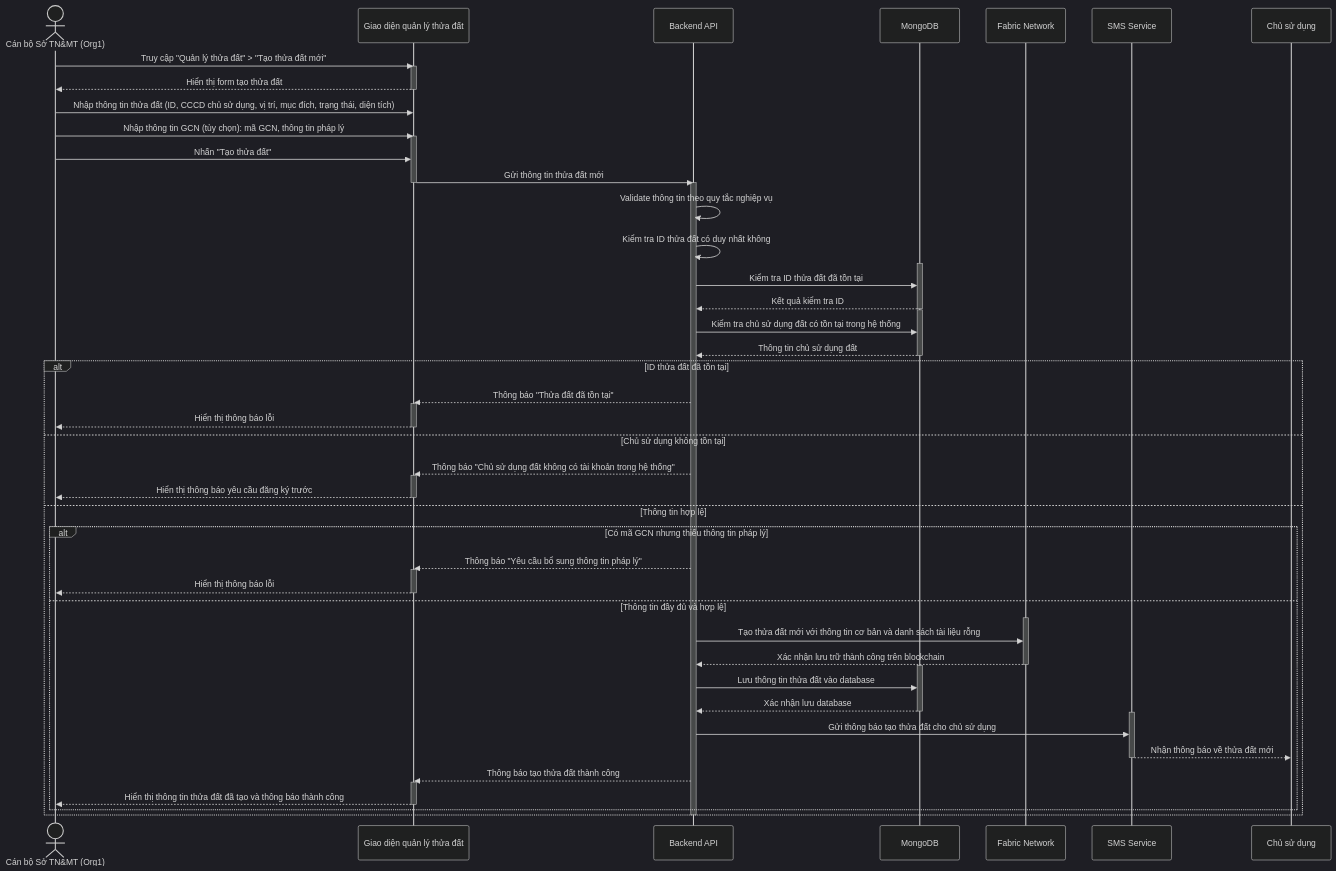
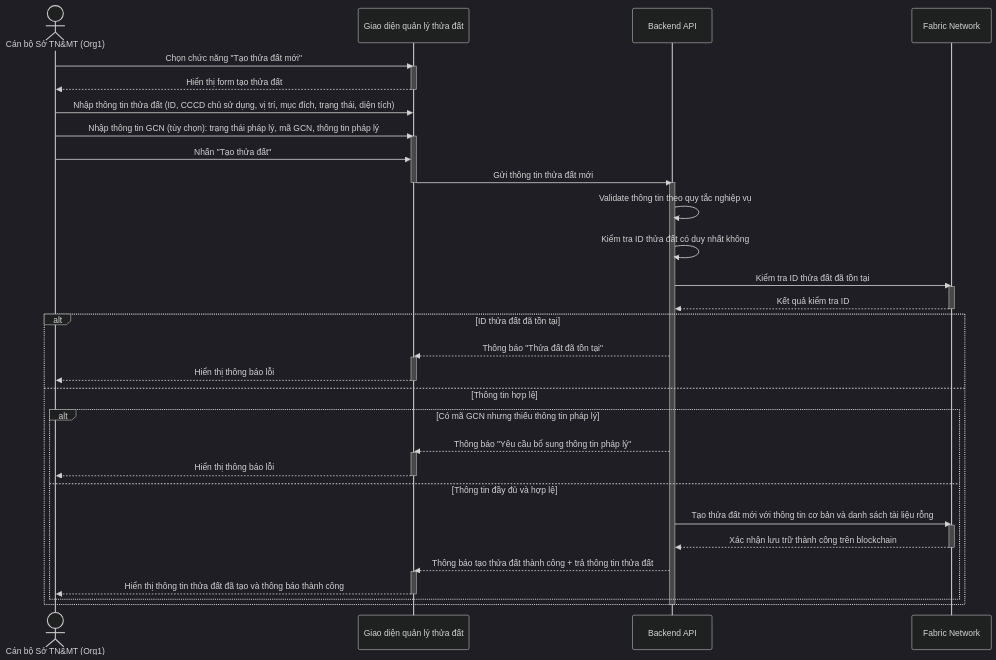
The ninth of 39 diagrams in Complete_Use_Case_Sequence_Diagrams.md (Thienpkae/DATN), drawn with Mermaid (dark theme) before and after one commit. The commit also changed other lines of this file and 50 other files, not shown here.

````diff
--- a/Complete_Use_Case_Sequence_Diagrams.md
+++ b/Complete_Use_Case_Sequence_Diagrams.md
@@ -759,76 +677,55 @@
 ```mermaid
 sequenceDiagram
     actor Officer as Cán bộ Sở TN&MT (Org1)
     participant UI as Giao diện quản lý thửa đất
     participant API as Backend API
-    participant DB as MongoDB
     participant Blockchain as Fabric Network
-    participant SMS as SMS Service
 
-    Officer ->> UI: Truy cập "Quản lý thửa đất" > "Tạo thửa đất mới"
+    Officer ->> UI: Chọn chức năng "Tạo thửa đất mới"
     activate UI
     UI -->> Officer: Hiển thị form tạo thửa đất
     deactivate UI
 
     Officer ->> UI: Nhập thông tin thửa đất (ID, CCCD chủ sử dụng, vị trí, mục đích, trạng thái, diện tích)
-    Officer ->> UI: Nhập thông tin GCN (tùy chọn): mã GCN, thông tin pháp lý
+    Officer ->> UI: Nhập thông tin GCN (tùy chọn): trạng thái pháp lý, mã GCN, thông tin pháp lý
     activate UI
     Officer ->> UI: Nhấn "Tạo thửa đất"
     UI ->> API: Gửi thông tin thửa đất mới
     deactivate UI
 
     activate API
     API ->> API: Validate thông tin theo quy tắc nghiệp vụ
     API ->> API: Kiểm tra ID thửa đất có duy nhất không
 
-    activate DB
-    API ->> DB: Kiểm tra ID thửa đất đã tồn tại
-    DB -->> API: Kết quả kiểm tra ID
-    deactivate DB
-
-    activate DB
-    API ->> DB: Kiểm tra chủ sử dụng đất có tồn tại trong hệ thống
-    DB -->> API: Thông tin chủ sử dụng đất
-    deactivate DB
+    API ->> Blockchain: Kiểm tra ID thửa đất đã tồn tại
+    activate Blockchain
+    Blockchain -->> API: Kết quả kiểm tra ID
+    deactivate Blockchain
 
     alt ID thửa đất đã tồn tại
         API -->> UI: Thông báo "Thửa đất đã tồn tại"
         activate UI
         UI -->> Officer: Hiển thị thông báo lỗi
-        deactivate UI
-    else Chủ sử dụng không tồn tại
-        API -->> UI: Thông báo "Chủ sử dụng đất không có tài khoản trong hệ thống"
-        activate UI
-        UI -->> Officer: Hiển thị thông báo yêu cầu đăng ký trước
         deactivate UI
     else Thông tin hợp lệ
         alt Có mã GCN nhưng thiếu thông tin pháp lý
             API -->> UI: Thông báo "Yêu cầu bổ sung thông tin pháp lý"
             activate UI
             UI -->> Officer: Hiển thị thông báo lỗi
             deactivate UI
         else Thông tin đầy đủ và hợp lệ
+            API ->> Blockchain: Tạo thửa đất mới với thông tin cơ bản và danh sách tài liệu rỗng
             activate Blockchain
-            API ->> Blockchain: Tạo thửa đất mới với thông tin cơ bản và danh sách tài liệu rỗng
             Blockchain -->> API: Xác nhận lưu trữ thành công trên blockchain
             deactivate Blockchain
 
-            activate DB
-            API ->> DB: Lưu thông tin thửa đất vào database
-            DB -->> API: Xác nhận lưu database
-            deactivate DB
-
-            activate SMS
-            API ->> SMS: Gửi thông báo tạo thửa đất cho chủ sử dụng
-            SMS -->> Chủ sử dụng: Nhận thông báo về thửa đất mới
-            deactivate SMS
-
-            API -->> UI: Thông báo tạo thửa đất thành công
+            API -->> UI: Thông báo tạo thửa đất thành công + trả thông tin thửa đất
             activate UI
             UI -->> Officer: Hiển thị thông tin thửa đất đã tạo và thông báo thành công
             deactivate UI
         end
     end
 
     deactivate API
+
 ```
````
